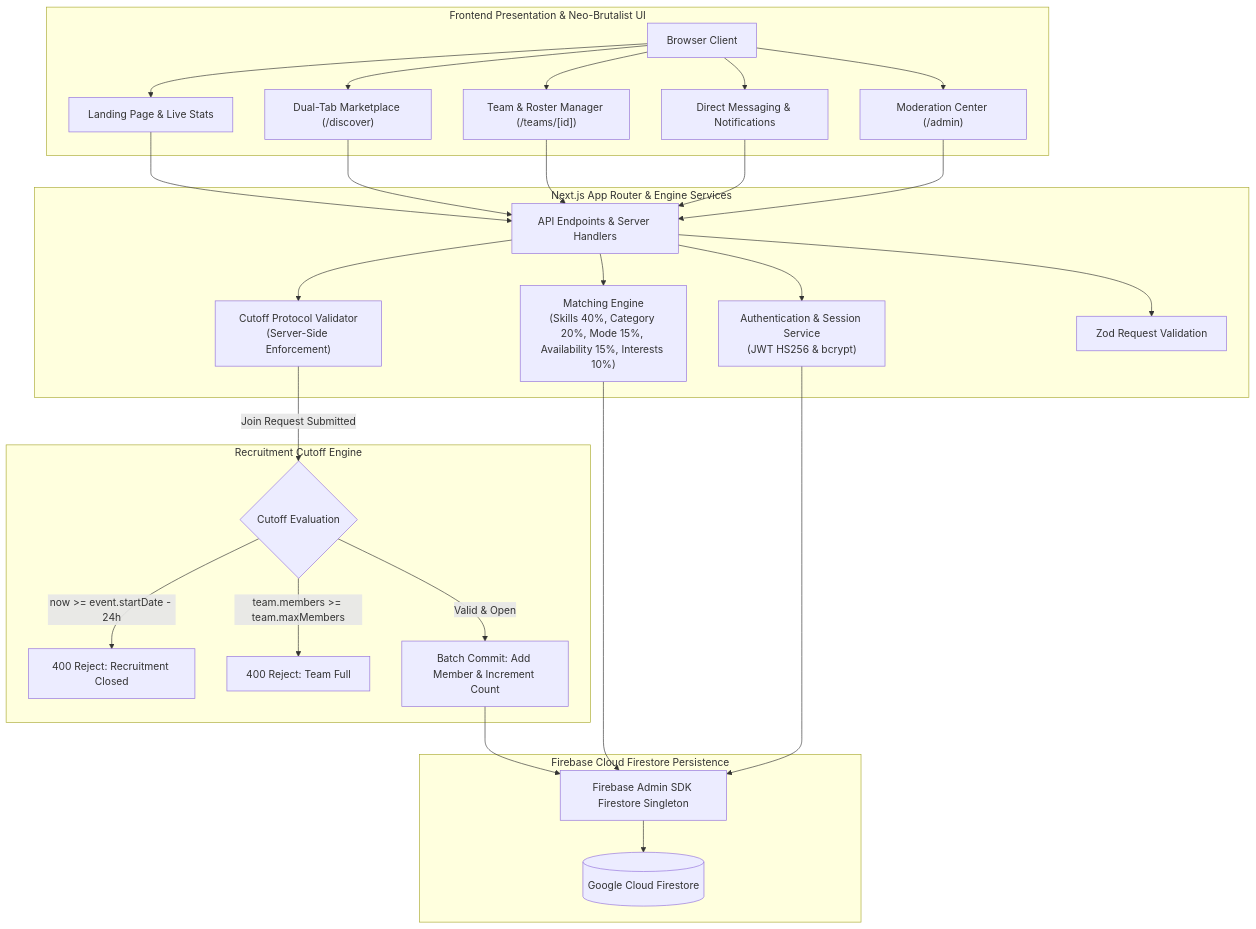
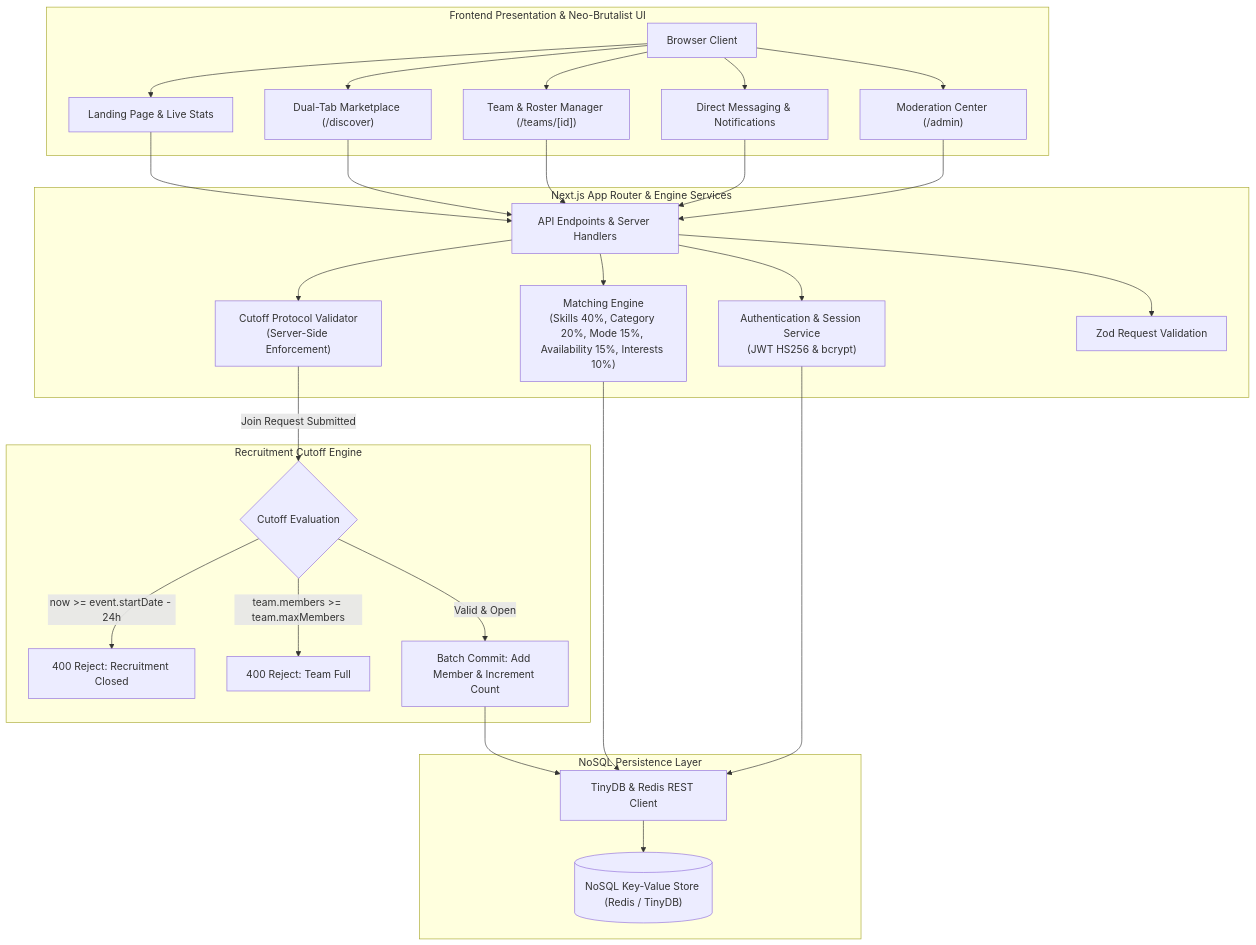
The diagram in README.md (idoblink/TeamOrphan), drawn with Mermaid before and after one commit. The commit also changed other lines of this file and 2 other files, not shown here.

Commit message:
refactor: completely remove firebase and firestore, migrate to NoSQL Redis and TinyDB store

````diff
--- a/README.md
+++ b/README.md
@@ -40,31 +40,31 @@
 ```mermaid
 flowchart TD
     subgraph Client_Layer [Frontend Presentation & Neo-Brutalist UI]
         U["Browser Client"]
         U --> P1["Landing Page & Live Stats"]
         U --> P2["Dual-Tab Marketplace (/discover)"]
         U --> P3["Team & Roster Manager (/teams/[id])"]
         U --> P4["Direct Messaging & Notifications"]
         U --> P5["Moderation Center (/admin)"]
     end
 
     subgraph Logic_Layer [Next.js App Router & Engine Services]
         P1 & P2 & P3 & P4 & P5 --> API["API Endpoints & Server Handlers"]
         API --> M1["Matching Engine\n(Skills 40%, Category 20%, Mode 15%, Availability 15%, Interests 10%)"]
         API --> M2["Cutoff Protocol Validator\n(Server-Side Enforcement)"]
         API --> M3["Authentication & Session Service\n(JWT HS256 & bcrypt)"]
         API --> M4["Zod Request Validation"]
     end
 
     subgraph Safety_Protocol [Recruitment Cutoff Engine]
         M2 -->|Join Request Submitted| C1{"Cutoff Evaluation"}
         C1 -->|now >= event.startDate - 24h| C2["400 Reject: Recruitment Closed"]
         C1 -->|team.members >= team.maxMembers| C3["400 Reject: Team Full"]
         C1 -->|Valid & Open| C4["Batch Commit: Add Member & Increment Count"]
     end
 
-    subgraph Data_Layer [Firebase Cloud Firestore Persistence]
-        C4 & M1 & M3 --> FIREBASE["Firebase Admin SDK Firestore Singleton"]
-        FIREBASE --> DB[("Google Cloud Firestore")]
+    subgraph Data_Layer [NoSQL Persistence Layer]
+        C4 & M1 & M3 --> DB_CLIENT["TinyDB & Redis REST Client"]
+        DB_CLIENT --> DB[("NoSQL Key-Value Store (Redis / TinyDB)")]
     end
 ```
````
